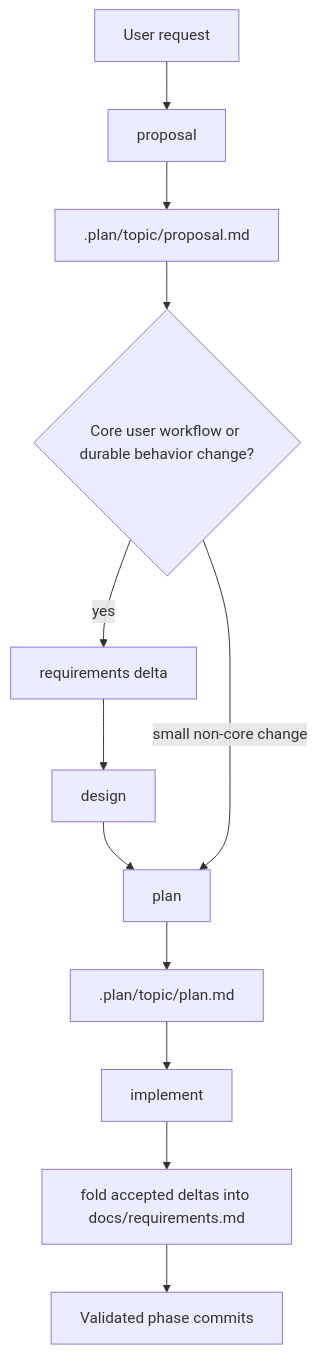
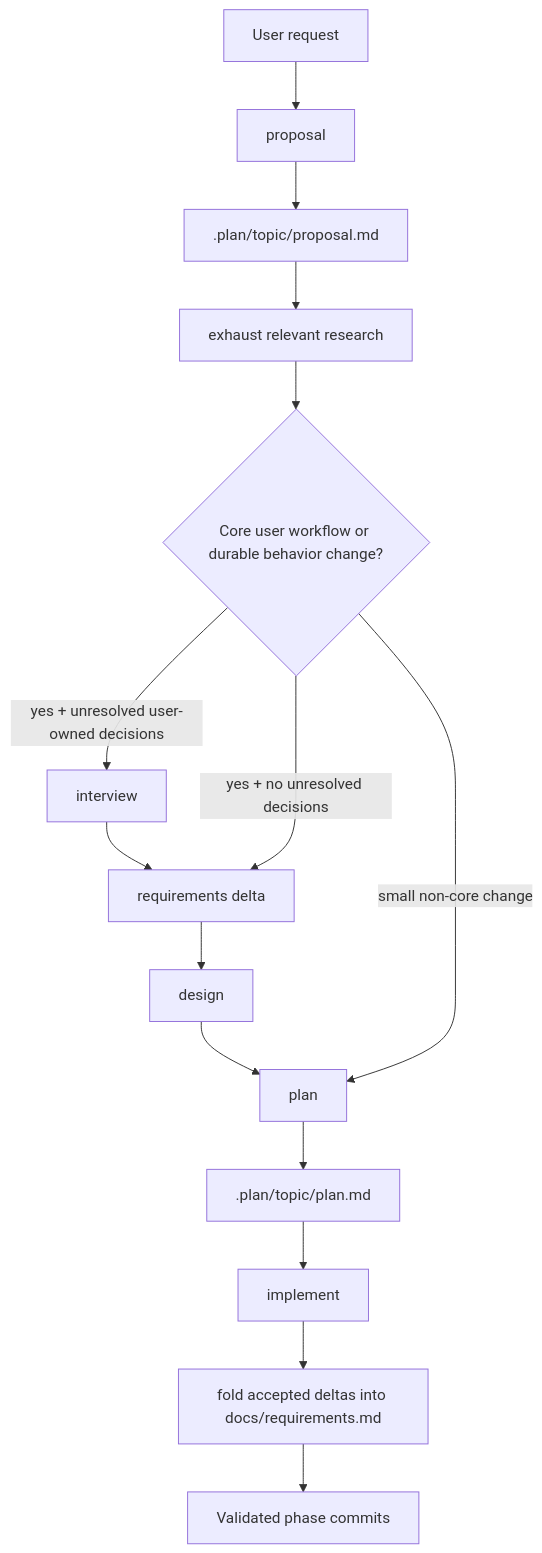
The first of 3 diagrams in README.md (GenKerensky/pi-cartographer), drawn with Mermaid before and after one commit. The commit also changed other lines of this file and 49 other files, not shown here.

First line of the commit message:
feat: add post-research interview workflow (#5)

````diff
--- a/README.md
+++ b/README.md
@@ -142,14 +142,17 @@
 ```mermaid
 flowchart TD
   A[User request] --> B[proposal]
   B --> C[.plan/topic/proposal.md]
-  C --> D{Core user workflow or durable behavior change?}
-  D -->|yes| E[requirements delta]
+  C --> R[exhaust relevant research]
+  R --> D{Core user workflow or durable behavior change?}
+  D -->|yes + unresolved user-owned decisions| Q[interview]
+  Q --> E[requirements delta]
+  D -->|yes + no unresolved decisions| E
   E --> F[design]
   F --> G[plan]
   D -->|small non-core change| G
   G --> H[.plan/topic/plan.md]
   H --> I[implement]
   I --> J[fold accepted deltas into docs/requirements.md]
   J --> K[Validated phase commits]
 ```
````
